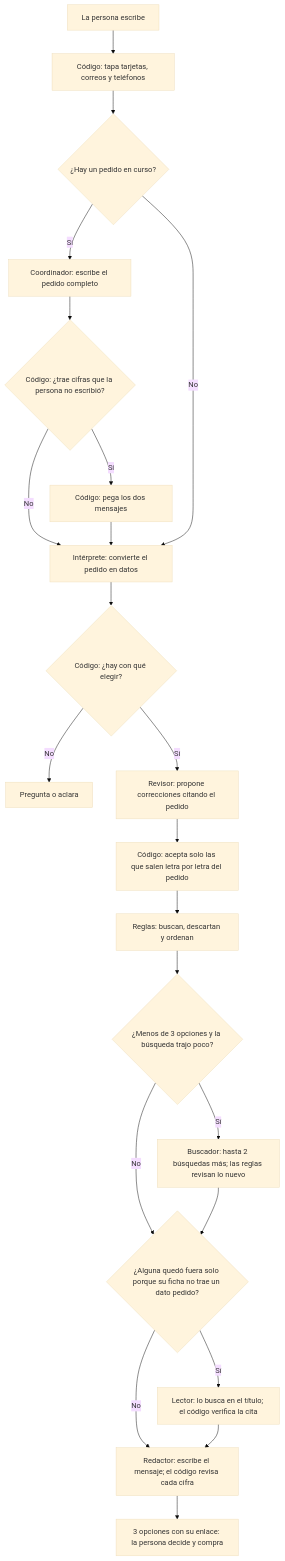
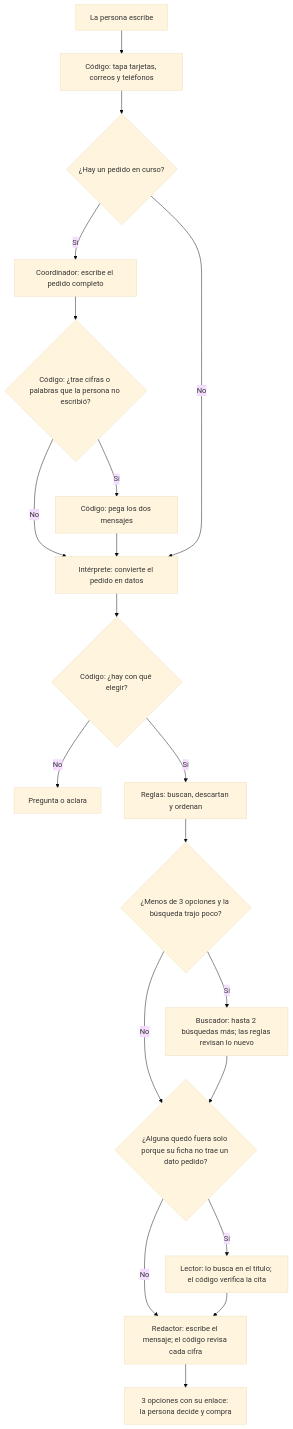
The diagram in README.md (Jdpachon9/pricex-2), drawn with Mermaid (base theme) before and after one commit. The commit also changed other lines of this file and 54 other files, not shown here.

````diff
--- a/README.md
+++ b/README.md
@@ -82,24 +86,22 @@
 ```mermaid
 flowchart TD
     A["La persona escribe"] --> B["Código: tapa tarjetas, correos y teléfonos"]
     B --> C{"¿Hay un pedido en curso?"}
     C -->|"Sí"| D["Coordinador: escribe el pedido completo"]
-    D --> E{"Código: ¿trae cifras que la persona no escribió?"}
+    D --> E{"Código: ¿trae cifras o palabras que la persona no escribió?"}
     E -->|"Sí"| F["Código: pega los dos mensajes"]
     E -->|"No"| G
     F --> G
     C -->|"No"| G["Intérprete: convierte el pedido en datos"]
     G --> H{"Código: ¿hay con qué elegir?"}
     H -->|"No"| I["Pregunta o aclara"]
-    H -->|"Sí"| J["Revisor: propone correcciones citando el pedido"]
-    J --> K["Código: acepta solo las que salen letra por letra del pedido"]
-    K --> L["Reglas: buscan, descartan y ordenan"]
+    H -->|"Sí"| L["Reglas: buscan, descartan y ordenan"]
     L --> M{"¿Menos de 3 opciones y la búsqueda trajo poco?"}
     M -->|"Sí"| N["Buscador: hasta 2 búsquedas más; las reglas revisan lo nuevo"]
     M -->|"No"| O
     N --> O{"¿Alguna quedó fuera solo porque su ficha no trae un dato pedido?"}
     O -->|"Sí"| P["Lector: lo busca en el título; el código verifica la cita"]
     O -->|"No"| Q
     P --> Q["Redactor: escribe el mensaje; el código revisa cada cifra"]
     Q --> R["3 opciones con su enlace: la persona decide y compra"]
 ```
````
